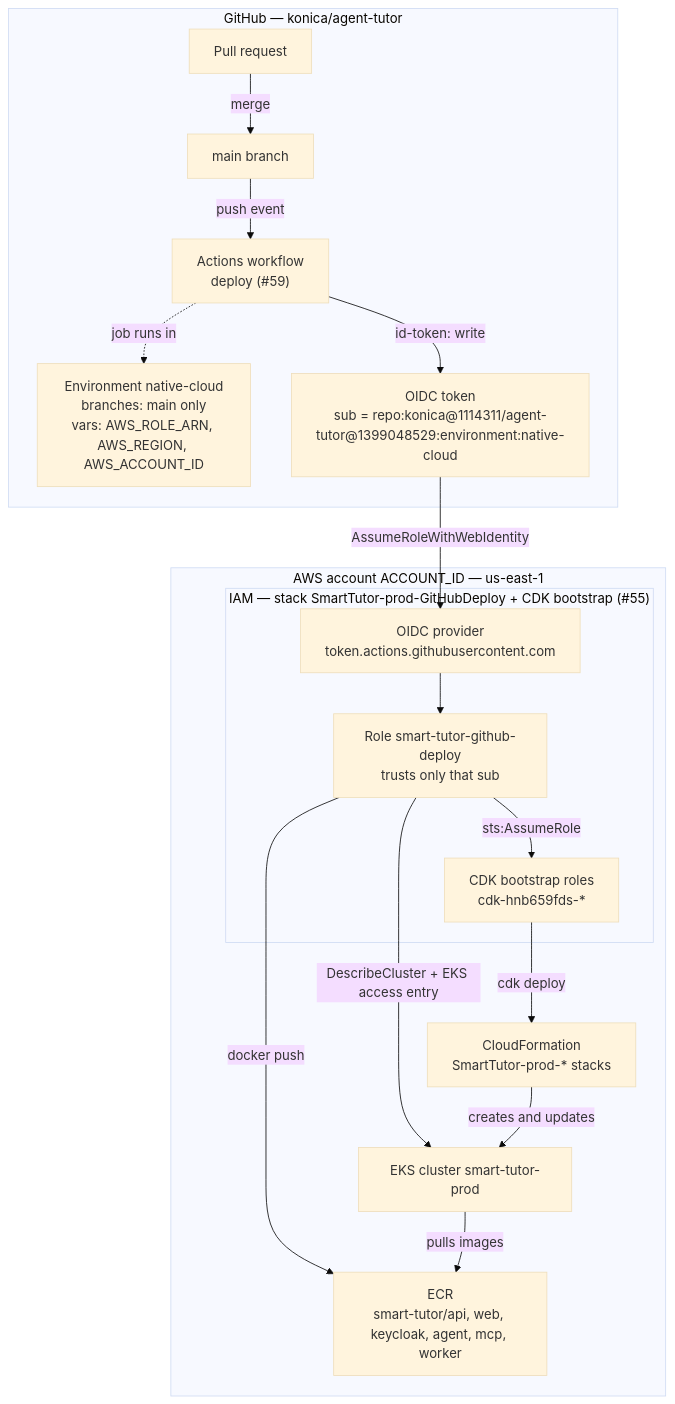
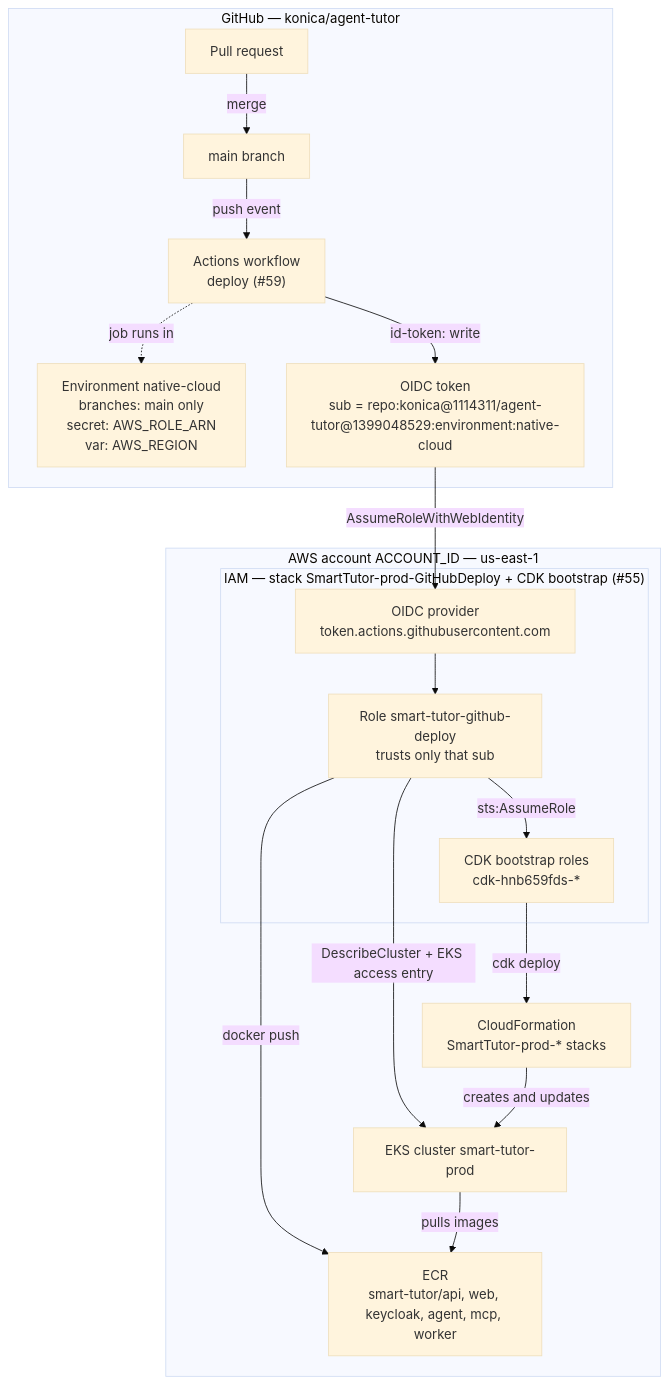
One commit to konica/agent-tutor changed the first of 5 diagrams in docs/runbooks/pilot-environment-overview.md. Above: the diagram before and after it, drawn with Mermaid (base theme). The commit also changed other lines of this file and 10 other files, not shown here.

First line of the commit message:
Keep the AWS account id out of public Actions logs

````diff
--- a/docs/runbooks/pilot-environment-overview.md
+++ b/docs/runbooks/pilot-environment-overview.md
@@ -11,27 +11,27 @@
 ```mermaid
 flowchart TB
   subgraph GH["GitHub — konica/agent-tutor"]
     PR["Pull request"] -->|merge| MAIN["main branch"]
     MAIN -->|push event| WF["Actions workflow<br/>deploy (#59)"]
-    WF -.->|"job runs in"| ENV["Environment native-cloud<br/>branches: main only<br/>vars: AWS_ROLE_ARN, AWS_REGION, AWS_ACCOUNT_ID"]
+    WF -.->|"job runs in"| ENV["Environment native-cloud<br/>branches: main only<br/>secret: AWS_ROLE_ARN<br/>var: AWS_REGION"]
     WF -->|"id-token: write"| TOK["OIDC token<br/>sub = repo:konica@1114311/agent-tutor@1399048529:environment:native-cloud"]
   end
 
   subgraph AWS["AWS account ACCOUNT_ID — us-east-1"]
     subgraph IAM["IAM — stack SmartTutor-prod-GitHubDeploy + CDK bootstrap (#55)"]
       OIDC["OIDC provider<br/>token.actions.githubusercontent.com"]
       ROLE["Role smart-tutor-github-deploy<br/>trusts only that sub"]
       CDKR["CDK bootstrap roles<br/>cdk-hnb659fds-*"]
     end
     CFN["CloudFormation<br/>SmartTutor-prod-* stacks"]
     ECR["ECR<br/>smart-tutor/api, web, keycloak, agent, mcp, worker"]
     EKS["EKS cluster smart-tutor-prod"]
   end
 
   TOK -->|"AssumeRoleWithWebIdentity"| OIDC --> ROLE
   ROLE -->|"sts:AssumeRole"| CDKR -->|"cdk deploy"| CFN
   ROLE -->|"docker push"| ECR
   ROLE -->|"DescribeCluster + EKS access entry"| EKS
   CFN -->|creates and updates| EKS
   EKS -->|pulls images| ECR
 ```
````
